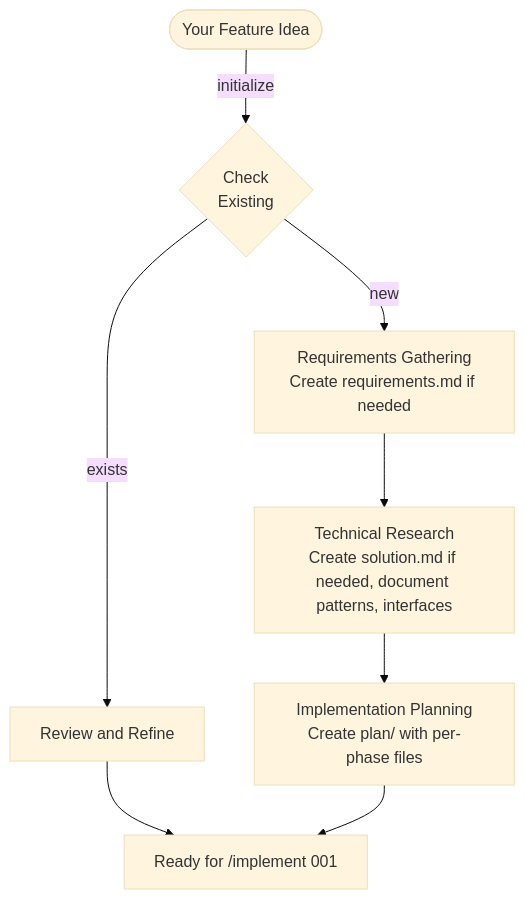
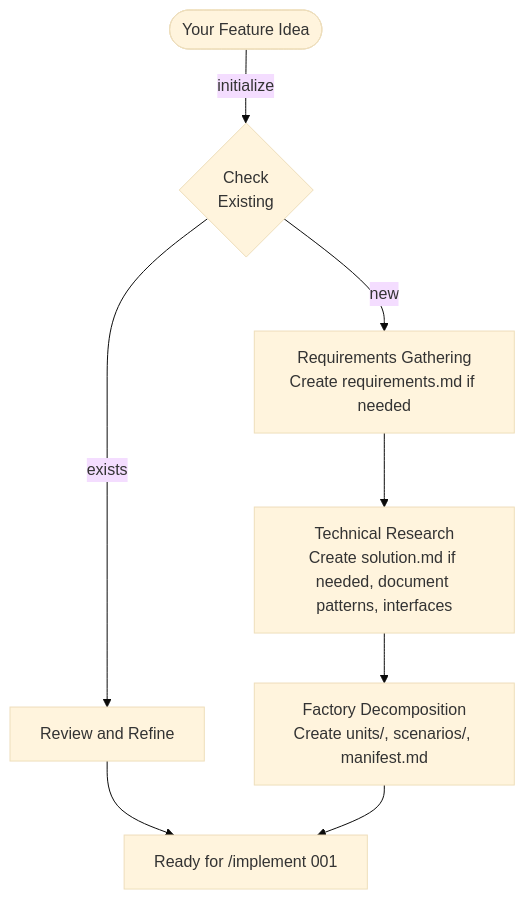
One commit to rsmdt/the-startup changed the first of 10 diagrams in plugins/start/README.md. Above: the diagram before and after it, drawn with Mermaid (base theme). The commit also changed other lines of this file and 36 other files, not shown here.

````diff
--- a/plugins/start/README.md
+++ b/plugins/start/README.md
@@ -58,10 +60,10 @@
 ```mermaid
 flowchart TD
     A([Your Feature Idea]) --> |initialize| B{Check<br>Existing}
     B --> |exists| C[Review and Refine]
     C --> END[Ready for /implement 001]
     B --> |new| D[Requirements Gathering<br/>Create requirements.md if needed]
     D --> E[Technical Research<br/>Create solution.md if needed, document patterns, interfaces]
-    E --> F[Implementation Planning<br/>Create plan/ with per-phase files]
+    E --> F[Factory Decomposition<br/>Create units/, scenarios/, manifest.md]
     F --> END
 ```
````
